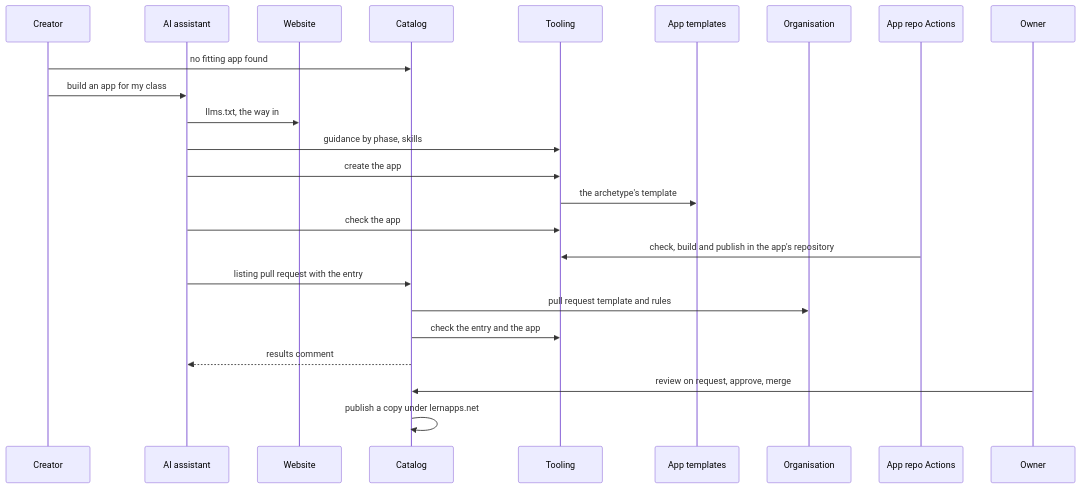
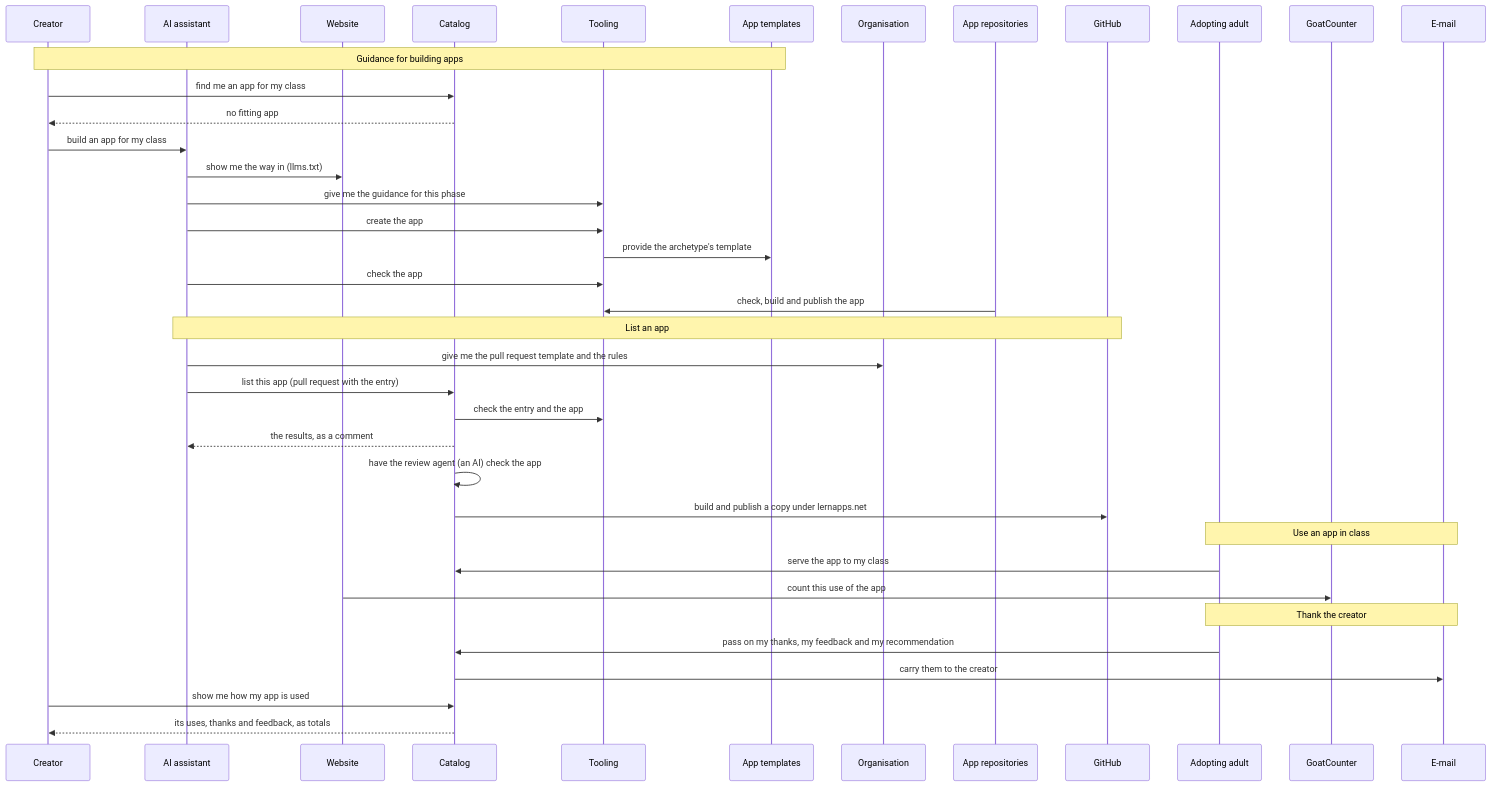
The third of 6 diagrams in docs/arc42/06-runtime-view.arc42.md (lernapps/docs), drawn with Mermaid before and after one commit. The commit also changed other lines of this file and 33 other files, not shown here.

First line of the commit message:
feat(docs): the start page is an overview of the target state, generated from platform design and architecture (#50)

````diff
--- a/docs/arc42/06-runtime-view.arc42.md
+++ b/docs/arc42/06-runtime-view.arc42.md
@@ -111,26 +128,40 @@
 ```mermaid
 sequenceDiagram
     participant creator as Creator
     participant assistant as AI assistant
     participant website as Website
     participant catalog as Catalog
     participant tooling as Tooling
     participant templates as App templates
     participant org as Organisation
-    participant appactions as App repo Actions
-    participant owner as Owner
-    creator->>catalog: no fitting app found
+    participant appactions as App repositories
+    participant github as GitHub
+    participant adult as Adopting adult
+    participant counter as GoatCounter
+    participant mail as E-mail
+    Note over creator,templates: Guidance for building apps
+    creator->>catalog: find me an app for my class
+    catalog-->>creator: no fitting app
     creator->>assistant: build an app for my class
-    assistant->>website: llms.txt, the way in
-    assistant->>tooling: guidance by phase, skills
+    assistant->>website: show me the way in (llms.txt)
+    assistant->>tooling: give me the guidance for this phase
     assistant->>tooling: create the app
-    tooling->>templates: the archetype's template
+    tooling->>templates: provide the archetype's template
     assistant->>tooling: check the app
-    appactions->>tooling: check, build and publish in the app's repository
-    assistant->>catalog: listing pull request with the entry
-    catalog->>org: pull request template and rules
+    appactions->>tooling: check, build and publish the app
+    Note over assistant,github: List an app
+    assistant->>org: give me the pull request template and the rules
+    assistant->>catalog: list this app (pull request with the entry)
     catalog->>tooling: check the entry and the app
-    catalog-->>assistant: results comment
-    owner->>catalog: review on request, approve, merge
-    catalog->>catalog: publish a copy under lernapps.net
+    catalog-->>assistant: the results, as a comment
+    catalog->>catalog: have the review agent (an AI) check the app
+    catalog->>github: build and publish a copy under lernapps.net
+    Note over adult,mail: Use an app in class
+    adult->>catalog: serve the app to my class
+    website->>counter: count this use of the app
+    Note over adult,mail: Thank the creator
+    adult->>catalog: pass on my thanks, my feedback and my recommendation
+    catalog->>mail: carry them to the creator
+    creator->>catalog: show me how my app is used
+    catalog-->>creator: its uses, thanks and feedback, as totals
 ```
````
